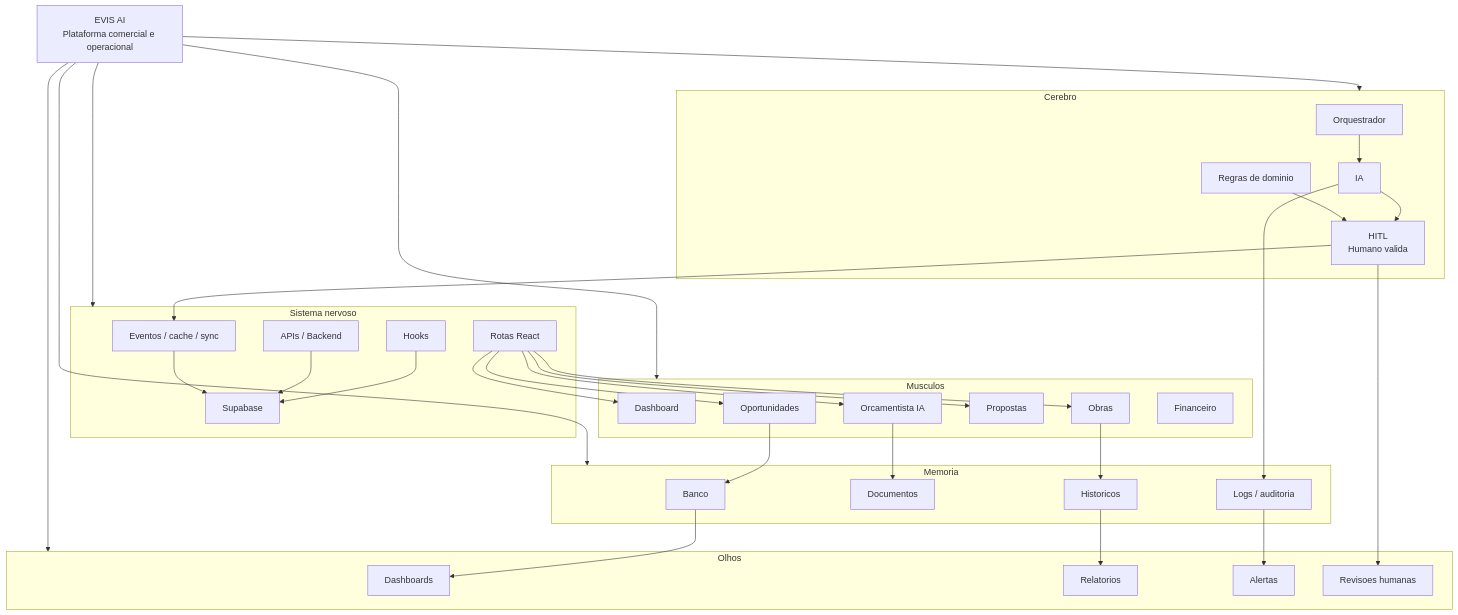
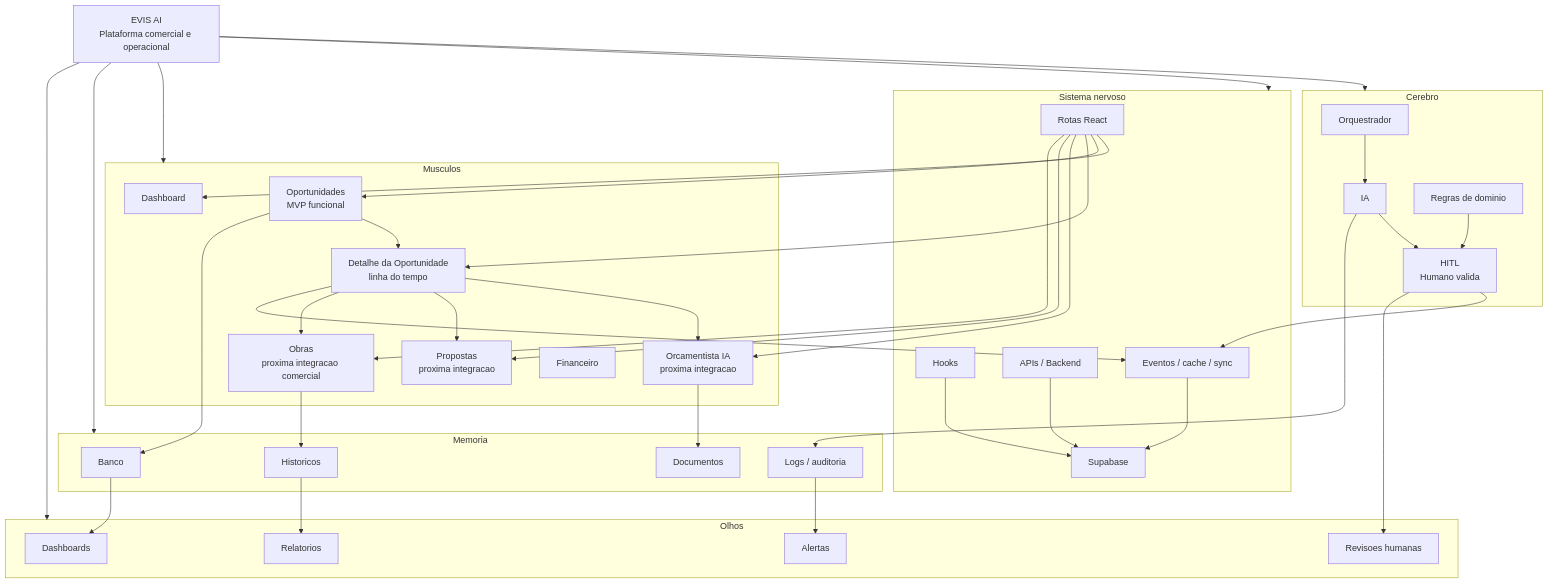
The diagram in platform/maps/EVIS_MASTER_MAP.md (evisworkspace/evis-platform), drawn with Mermaid before and after one commit. The commit also changed other lines of this file and 5 other files, not shown here.

Commit message:
docs: update EVIS maps for opportunities detail

````diff
--- a/platform/maps/EVIS_MASTER_MAP.md
+++ b/platform/maps/EVIS_MASTER_MAP.md
@@ -5,73 +5,80 @@
 ```mermaid
 flowchart TB
   EVIS["EVIS AI<br/>Plataforma comercial e operacional"]
 
   subgraph Brain["Cerebro"]
     Orq["Orquestrador"]
     AI["IA"]
     Rules["Regras de dominio"]
     HITL["HITL<br/>Humano valida"]
   end
 
   subgraph Nervous["Sistema nervoso"]
     Supabase["Supabase"]
     Routes["Rotas React"]
     Hooks["Hooks"]
     APIs["APIs / Backend"]
     Events["Eventos / cache / sync"]
   end
 
   subgraph Muscles["Musculos"]
     Dashboard["Dashboard"]
-    Opportunities["Oportunidades"]
-    Estimator["Orcamentista IA"]
-    Proposals["Propostas"]
-    Works["Obras"]
+    Opportunities["Oportunidades<br/>MVP funcional"]
+    OpportunityDetail["Detalhe da Oportunidade<br/>linha do tempo"]
+    Estimator["Orcamentista IA<br/>proxima integracao"]
+    Proposals["Propostas<br/>proxima integracao"]
+    Works["Obras<br/>proxima integracao comercial"]
     Finance["Financeiro"]
   end
 
   subgraph Memory["Memoria"]
     Database["Banco"]
     Docs["Documentos"]
     History["Historicos"]
     Logs["Logs / auditoria"]
   end
 
   subgraph Eyes["Olhos"]
     Dashboards["Dashboards"]
     Reports["Relatorios"]
     Alerts["Alertas"]
     Reviews["Revisoes humanas"]
   end
 
   EVIS --> Brain
   EVIS --> Nervous
   EVIS --> Muscles
   EVIS --> Memory
   EVIS --> Eyes
 
   Orq --> AI
   AI --> HITL
   Rules --> HITL
   HITL --> Events
 
   Routes --> Dashboard
   Routes --> Opportunities
+  Routes --> OpportunityDetail
   Routes --> Estimator
   Routes --> Proposals
   Routes --> Works
 
   Hooks --> Supabase
   APIs --> Supabase
   Events --> Supabase
 
+  Opportunities --> OpportunityDetail
+  OpportunityDetail --> Estimator
+  OpportunityDetail --> Proposals
+  OpportunityDetail --> Works
+  OpportunityDetail --> Events
   Opportunities --> Database
   Estimator --> Docs
   Works --> History
   AI --> Logs
 
   Database --> Dashboards
   History --> Reports
   Logs --> Alerts
   HITL --> Reviews
 ```
````
